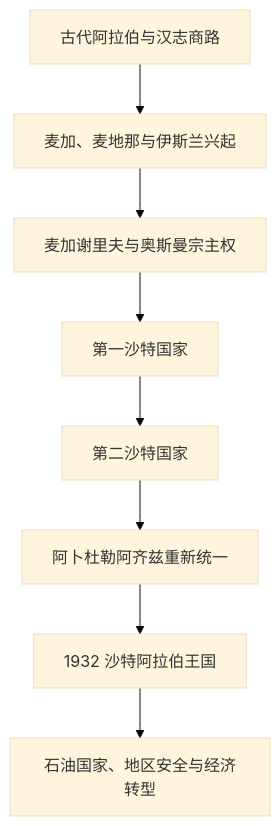
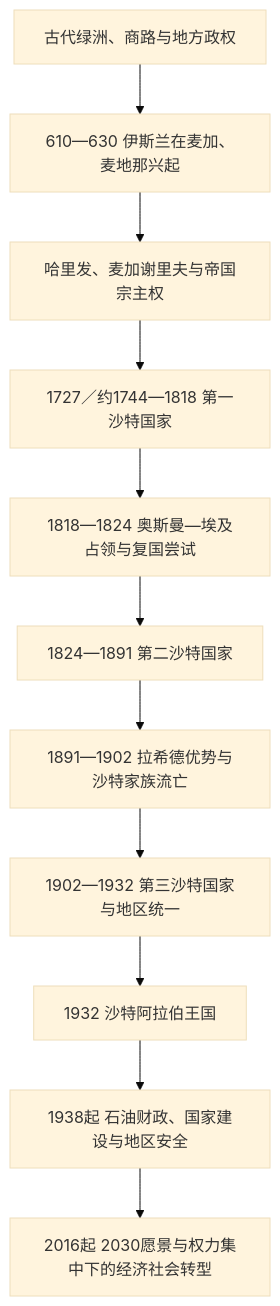
Before and after one commit to tianlan-dev/learning-notes: the diagram in 人文科学/历史/西亚/阿拉伯半岛/沙特阿拉伯/README.md, drawn with Mermaid (base theme). The commit also changed other lines of this file and 1417 other files, not shown here.

````diff
--- a/人文科学/历史/西亚/阿拉伯半岛/沙特阿拉伯/README.md
+++ b/人文科学/历史/西亚/阿拉伯半岛/沙特阿拉伯/README.md
@@ -13,10 +11,13 @@
 ```mermaid
 flowchart TD
-    Ancient["古代阿拉伯与汉志商路"] --> Islam["麦加、麦地那与伊斯兰兴起"]
-    Islam --> Sharif["麦加谢里夫与奥斯曼宗主权"]
-    Sharif --> First["第一沙特国家"]
-    First --> Second["第二沙特国家"]
-    Second --> Unification["阿卜杜勒阿齐兹重新统一"]
-    Unification --> Kingdom["1932 沙特阿拉伯王国"]
-    Kingdom --> Oil["石油国家、地区安全与经济转型"]
+    Ancient["古代绿洲、商路与地方政权"] --> Islam["610—630 伊斯兰在麦加、麦地那兴起"]
+    Islam --> Holy["哈里发、麦加谢里夫与帝国宗主权"]
+    Holy --> First["1727／约1744—1818 第一沙特国家"]
+    First --> Inter1["1818—1824 奥斯曼—埃及占领与复国尝试"]
+    Inter1 --> Second["1824—1891 第二沙特国家"]
+    Second --> Exile["1891—1902 拉希德优势与沙特家族流亡"]
+    Exile --> Third["1902—1932 第三沙特国家与地区统一"]
+    Third --> Kingdom["1932 沙特阿拉伯王国"]
+    Kingdom --> Oil["1938起 石油财政、国家建设与地区安全"]
+    Oil --> Vision["2016起 2030愿景与权力集中下的经济社会转型"]
 ```
````
